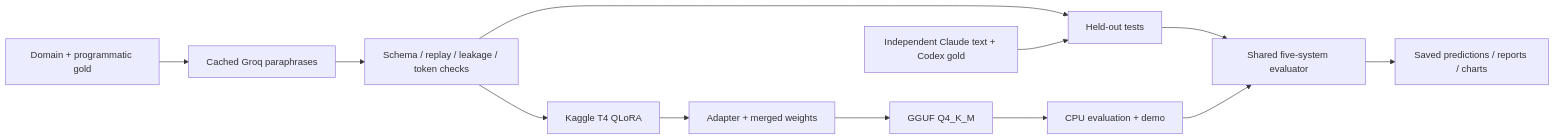
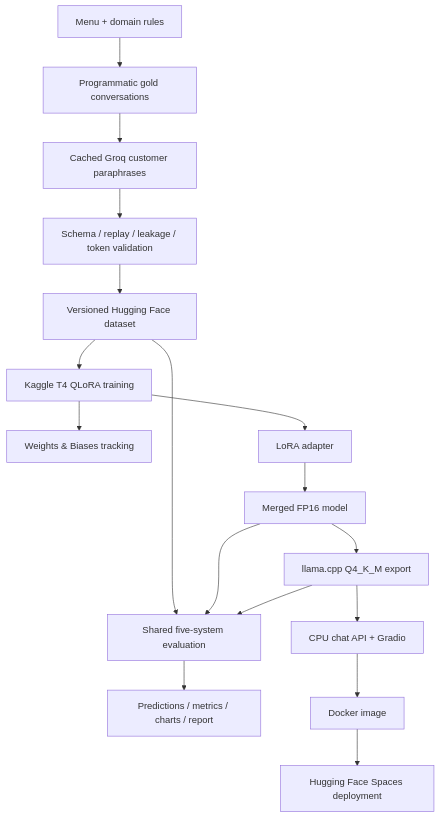
One commit to PalakAnand30/cafe-tool-agent changed the second of 2 diagrams in README.md. Above: the diagram before and after it, drawn with Mermaid. The commit also changed other lines of this file and 4 other files, not shown here.

````diff
--- a/README.md
+++ b/README.md
@@ -51,14 +104,19 @@
 ```mermaid
-flowchart LR
-    D[Domain + programmatic gold] --> W[Cached Groq paraphrases]
-    W --> C[Schema / replay / leakage / token checks]
-    C --> T[Kaggle T4 QLoRA]
-    T --> L[Adapter + merged weights]
-    L --> G[GGUF Q4_K_M]
-    G --> E[CPU evaluation + demo]
-    C --> Q[Held-out tests]
-    I[Independent Claude text + Codex gold] --> Q
-    Q --> R[Shared five-system evaluator]
-    E --> R
-    R --> S[Saved predictions / reports / charts]
+flowchart TD
+    D[Menu + domain rules] --> G[Programmatic gold conversations]
+    G --> P[Cached Groq customer paraphrases]
+    P --> V[Schema / replay / leakage / token validation]
+    V --> H[Versioned Hugging Face dataset]
+    H --> T[Kaggle T4 QLoRA training]
+    T --> W[Weights & Biases tracking]
+    T --> A[LoRA adapter]
+    A --> M[Merged FP16 model]
+    M --> Q[llama.cpp Q4_K_M export]
+    H --> E[Shared five-system evaluation]
+    M --> E
+    Q --> E
+    E --> R[Predictions / metrics / charts / report]
+    Q --> S[CPU chat API + Gradio]
+    S --> C[Docker image]
+    C --> F[Hugging Face Spaces deployment]
 ```
````
